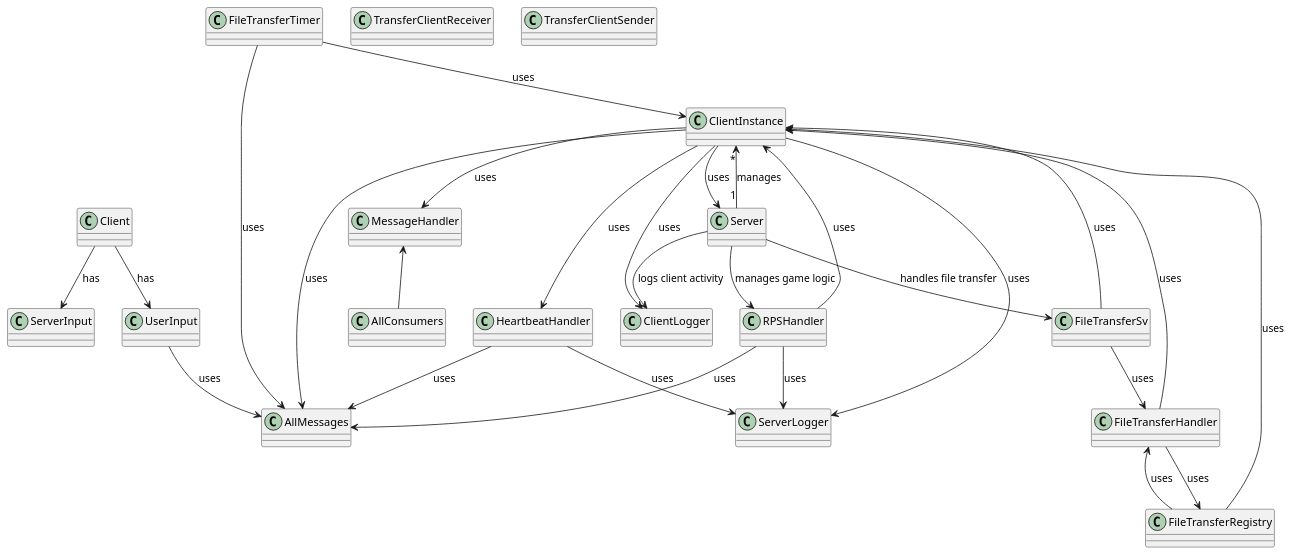
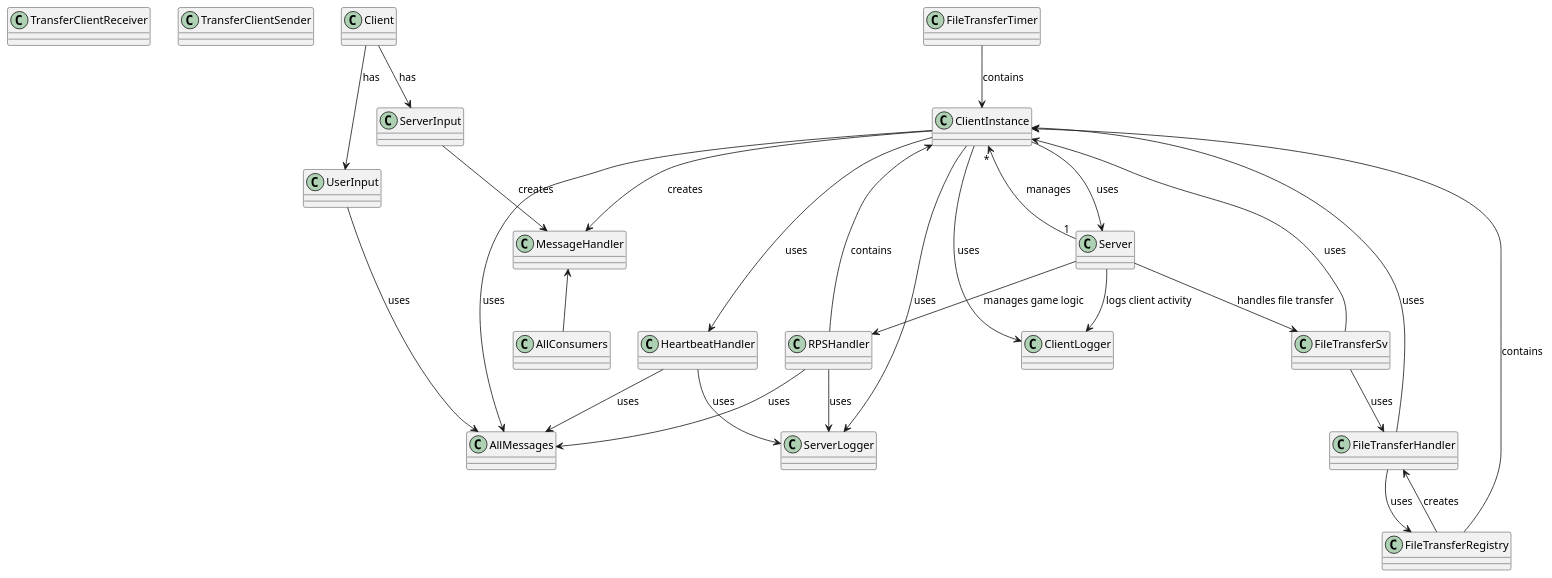
Before and after one commit to rtavares14/Java-Chat-Server: the diagram in doc/diagrams/Class Diagram.puml, drawn with PlantUML. The commit also changed 1 other file, not shown here.

Commit message:
Class diagram updated and LVL 4 completed

```diff
--- a/doc/diagrams/Class Diagram.puml
+++ b/doc/diagrams/Class Diagram.puml
@@ -1,59 +1,60 @@
 @startuml
+class TransferClientReceiver
+
+class TransferClientSender
+
 class Client
 
 class UserInput
 
 class ServerInput
-
-class TransferClientReceiver
-
-class TransferClientSender
 
 class AllConsumers
 
 class MessageHandler
 
 class AllMessages
 
-
+class FileTransferTimer
 
 Client --> UserInput : has
 Client --> ServerInput : has
 
 UserInput --> AllMessages : uses
+
+ServerInput --> MessageHandler : creates
 
 Server "1" --> "*" ClientInstance : manages
 
 Server --> FileTransferSv : handles file transfer
 Server --> RPSHandler : manages game logic
 Server --> ClientLogger : logs client activity
 
-RPSHandler --> ClientInstance : uses
+RPSHandler --> ClientInstance : contains
 RPSHandler --> ServerLogger : uses
 RPSHandler --> AllMessages : uses
 
 HeartbeatHandler --> ServerLogger : uses
 HeartbeatHandler --> AllMessages : uses
 
 FileTransferHandler --> ClientInstance : uses
 FileTransferHandler --> FileTransferRegistry : uses
 
-FileTransferTimer --> ClientInstance : uses
-FileTransferTimer --> AllMessages : uses
+FileTransferTimer --> ClientInstance : contains
 
 FileTransferSv --> FileTransferHandler : uses
 FileTransferSv --> ClientInstance : uses
 
-FileTransferRegistry --> FileTransferHandler : uses
-FileTransferRegistry --> ClientInstance : uses
+FileTransferRegistry --> FileTransferHandler : creates
+FileTransferRegistry --> ClientInstance : contains
 
 ClientInstance --> Server : uses
 ClientInstance --> HeartbeatHandler : uses
 ClientInstance --> ClientLogger : uses
 ClientInstance --> ServerLogger : uses
 ClientInstance --> AllMessages: uses
-ClientInstance --> MessageHandler : uses
+ClientInstance --> MessageHandler : creates
 
 MessageHandler <-- AllConsumers
 
 @enduml
```
